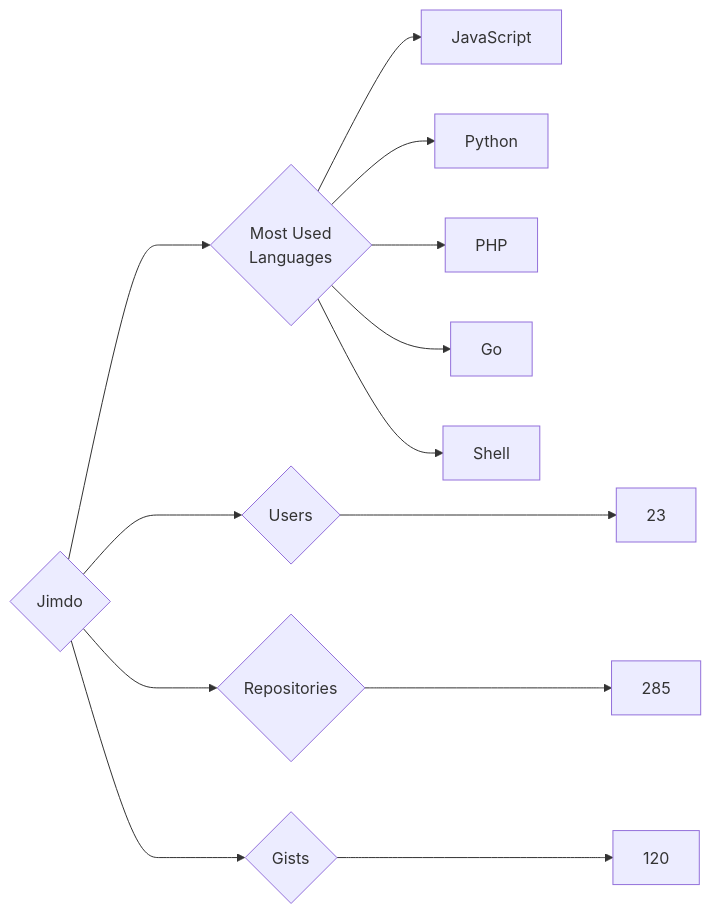
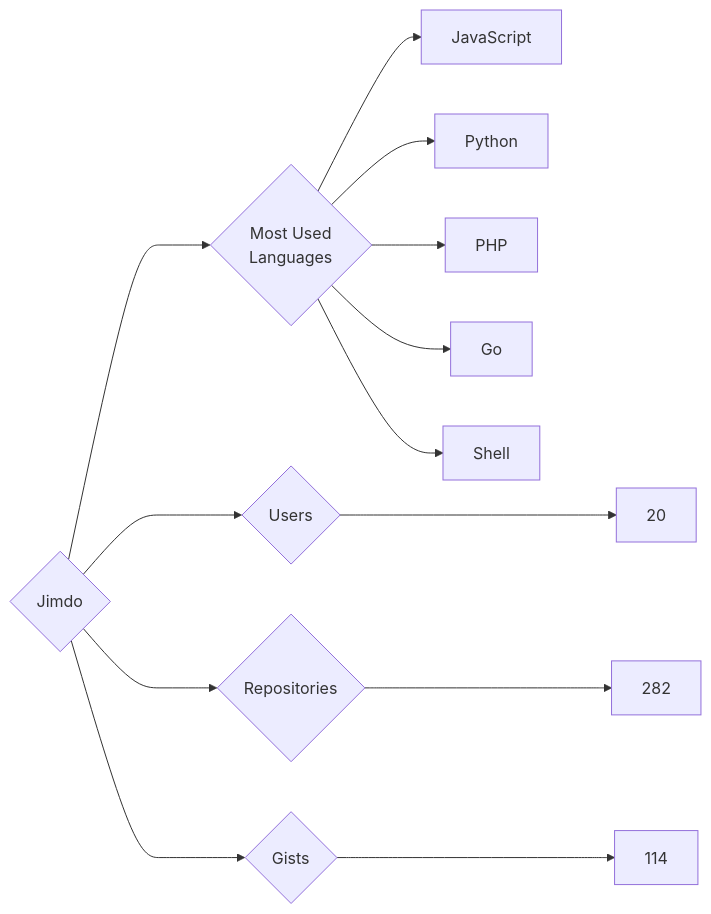
The diagram in targets/Jimdo/README.md (trickest/insiders), drawn with Mermaid before and after one commit. The commit also changed 814 other files, not shown here.

````diff
--- a/targets/Jimdo/README.md
+++ b/targets/Jimdo/README.md
@@ -3,13 +3,13 @@
 ```mermaid
 graph LR
 COMPANY_NAME{Jimdo}
-COMPANY_NAME ---> U{Users} ---> UN[23]
-COMPANY_NAME ---> R{Repositories} ---> RN[285]
-COMPANY_NAME ---> G{Gists} ---> GN[120]
+COMPANY_NAME ---> U{Users} ---> UN[20]
+COMPANY_NAME ---> R{Repositories} ---> RN[282]
+COMPANY_NAME ---> G{Gists} ---> GN[114]
 COMPANY_NAME ---> ML{Most Used<br>Languages}
 ML --> JavaScript[JavaScript]
 ML --> Python[Python]
 ML --> PHP[PHP]
 ML --> Go[Go]
 ML --> Shell[Shell]
 ```
````
